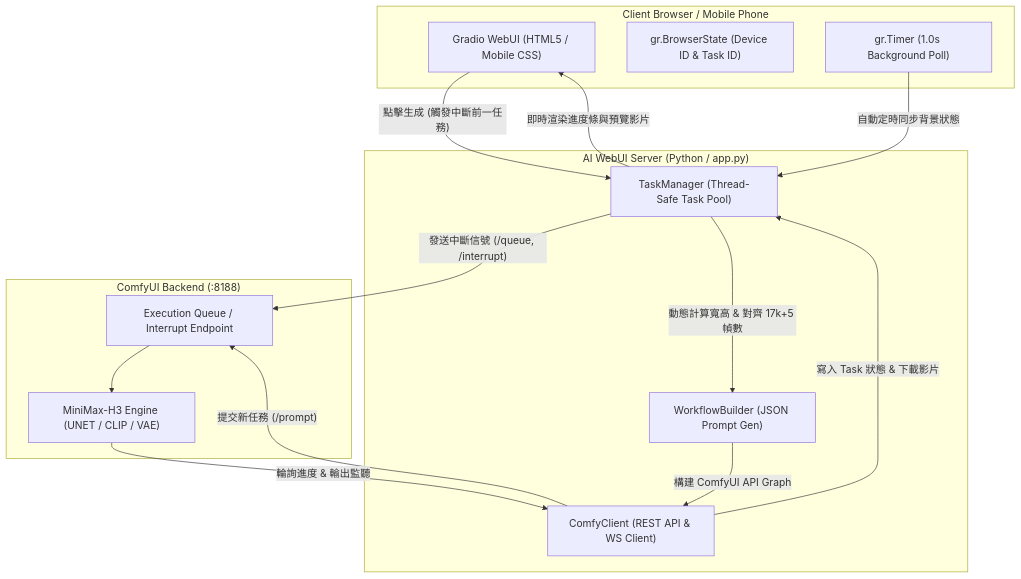
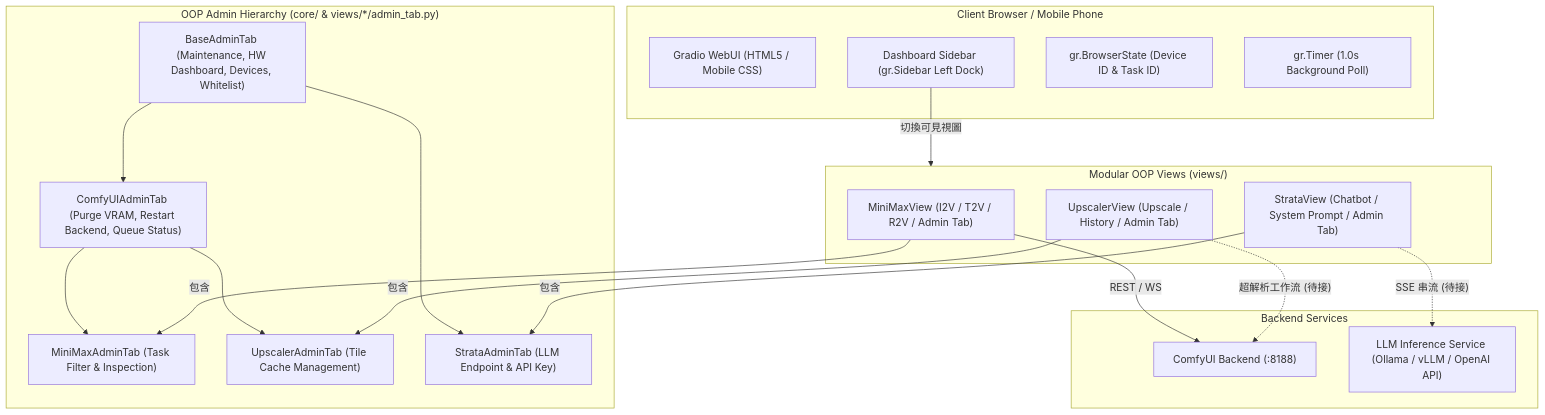
The diagram in README.md (Arsene3939/AI_webUI), drawn with Mermaid before and after one commit. The commit also changed other lines of this file and 35 other files, not shown here.

````diff
--- a/README.md
+++ b/README.md
@@ -45,30 +65,40 @@
 ```mermaid
 flowchart TD
     subgraph Client ["Client Browser / Mobile Phone"]
         UI["Gradio WebUI (HTML5 / Mobile CSS)"]
+        Dashboard["Dashboard Sidebar (gr.Sidebar Left Dock)"]
         BS["gr.BrowserState (Device ID & Task ID)"]
         Timer["gr.Timer (1.0s Background Poll)"]
     end
 
-    subgraph WebUI_Server ["AI WebUI Server (Python / app.py)"]
-        TM["TaskManager (Thread-Safe Task Pool)"]
-        WB["WorkflowBuilder (JSON Prompt Gen)"]
-        CC["ComfyClient (REST API & WS Client)"]
+    subgraph Core_Views ["Modular OOP Views (views/)"]
+        MiniMaxV["MiniMaxView (I2V / T2V / R2V / Admin Tab)"]
+        UpscalerV["UpscalerView (Upscale / History / Admin Tab)"]
+        StrataV["StrataView (Chatbot / System Prompt / Admin Tab)"]
     end
 
-    subgraph Backend ["ComfyUI Backend (:8188)"]
-        CQ["Execution Queue / Interrupt Endpoint"]
-        MiniMax["MiniMax-H3 Engine (UNET / CLIP / VAE)"]
+    subgraph Admin_Hierarchy ["OOP Admin Hierarchy (core/ & views/*/admin_tab.py)"]
+        BaseAdmin["BaseAdminTab (Maintenance, HW Dashboard, Devices, Whitelist)"]
+        ComfyAdmin["ComfyUIAdminTab (Purge VRAM, Restart Backend, Queue Status)"]
+        MMAdmin["MiniMaxAdminTab (Task Filter & Inspection)"]
+        UpAdmin["UpscalerAdminTab (Tile Cache Management)"]
+        StAdmin["StrataAdminTab (LLM Endpoint & API Key)"]
+        BaseAdmin --> ComfyAdmin
+        ComfyAdmin --> MMAdmin
+        ComfyAdmin --> UpAdmin
+        BaseAdmin --> StAdmin
     end
 
-    UI -->|"點擊生成 (觸發中斷前一任務)"| TM
-    TM -->|"發送中斷信號 (/queue, /interrupt)"| CQ
-    TM -->|"動態計算寬高 & 對齊 17k+5 幀數"| WB
-    WB -->|"構建 ComfyUI API Graph"| CC
-    CC -->|"提交新任務 (/prompt)"| CQ
-    CQ --> MiniMax
-    MiniMax -->|"輪詢進度 & 輸出監聽"| CC
-    CC -->|"寫入 Task 狀態 & 下載影片"| TM
-    Timer -->|"自動定時同步背景狀態"| TM
-    TM -->|"即時渲染進度條與預覽影片"| UI
+    subgraph Backend_Services ["Backend Services"]
+        ComfyUI["ComfyUI Backend (:8188)"]
+        LLM["LLM Inference Service (Ollama / vLLM / OpenAI API)"]
+    end
+
+    Dashboard -->|"切換可見視圖"| Core_Views
+    MiniMaxV -->|"包含"| MMAdmin
+    UpscalerV -->|"包含"| UpAdmin
+    StrataV -->|"包含"| StAdmin
+    MiniMaxV -->|"REST / WS"| ComfyUI
+    UpscalerV -.->|"超解析工作流 (待接)"| ComfyUI
+    StrataV -.->|"SSE 串流 (待接)"| LLM
 ```
````
